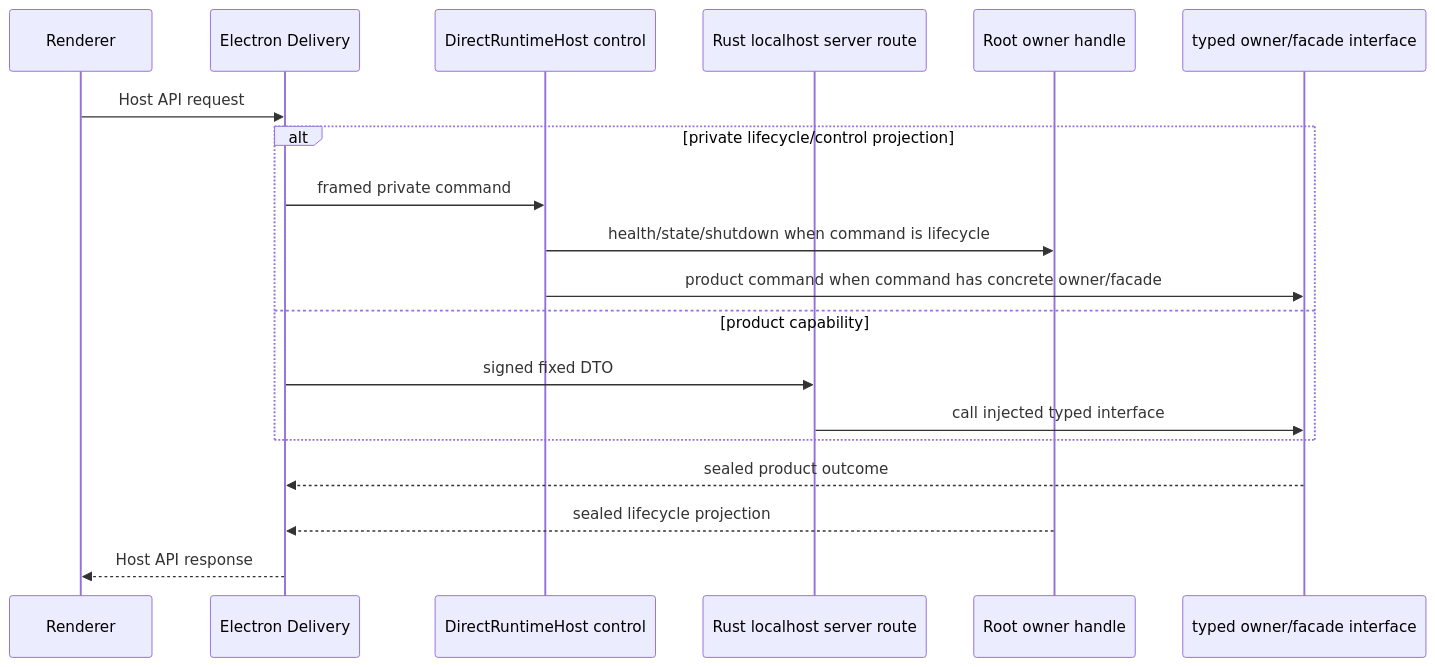
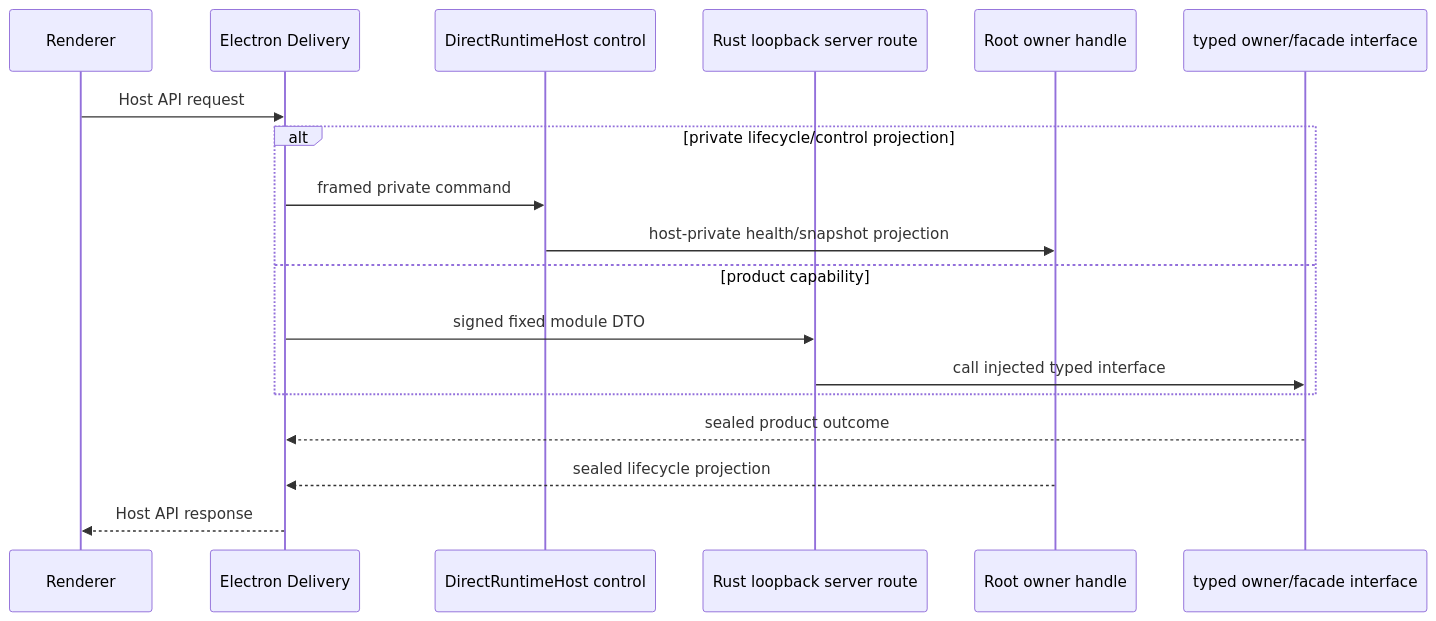
One commit to hellowKeyzj/Matcha-claw changed the second of 6 diagrams in docs/architecture/layered-architecture.md. Above: the diagram before and after it, drawn with Mermaid. The commit also changed other lines of this file and 1428 other files, not shown here.

````diff
--- a/docs/architecture/layered-architecture.md
+++ b/docs/architecture/layered-architecture.md
@@ -123,22 +122,21 @@
 ```mermaid
 sequenceDiagram
   participant R as Renderer
   participant E as Electron Delivery
   participant C as DirectRuntimeHost control
-  participant T as Rust localhost server route
+  participant T as Rust loopback server route
   participant Root as Root owner handle
   participant I as typed owner/facade interface
 
   R->>E: Host API request
   alt private lifecycle/control projection
     E->>C: framed private command
-    C->>Root: health/state/shutdown when command is lifecycle
-    C->>I: product command when command has concrete owner/facade
+    C->>Root: host-private health/snapshot projection
   else product capability
-    E->>T: signed fixed DTO
+    E->>T: signed fixed module DTO
     T->>I: call injected typed interface
   end
   I-->>E: sealed product outcome
   Root-->>E: sealed lifecycle projection
   E-->>R: Host API response
 ```
````
